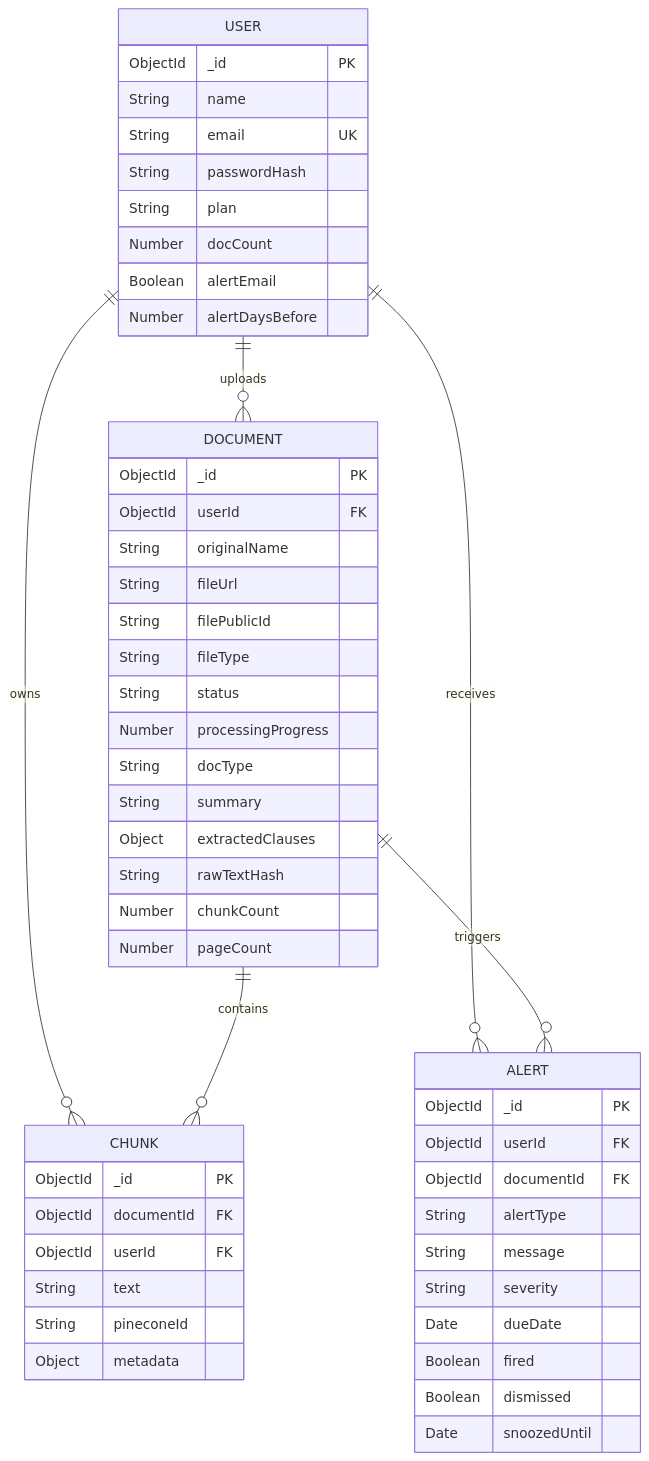
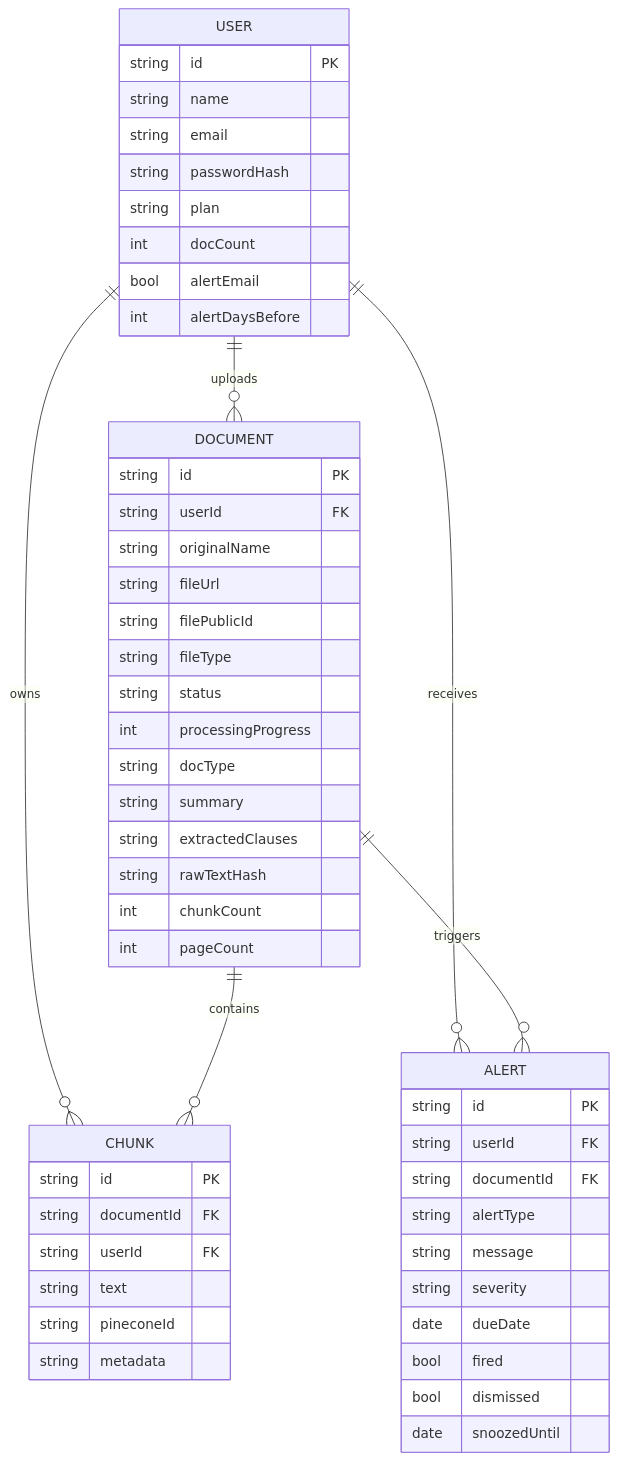
The ninth of 9 diagrams in README.md (AniketB26/What-I-Signed), drawn with Mermaid before and after one commit. The commit also changed other lines of this file, not shown here.

Commit message:
docs: fix last 3 mermaid diagrams - remove dots, use standard erDiagram types

````diff
--- a/README.md
+++ b/README.md
@@ -604,58 +604,58 @@
 ```mermaid
 erDiagram
     USER ||--o{ DOCUMENT : uploads
     USER ||--o{ CHUNK : owns
     USER ||--o{ ALERT : receives
     DOCUMENT ||--o{ CHUNK : contains
     DOCUMENT ||--o{ ALERT : triggers
 
     USER {
-        ObjectId _id PK
-        String name
-        String email UK
-        String passwordHash
-        String plan
-        Number docCount
-        Boolean alertEmail
-        Number alertDaysBefore
+        string id PK
+        string name
+        string email
+        string passwordHash
+        string plan
+        int docCount
+        bool alertEmail
+        int alertDaysBefore
     }
 
     DOCUMENT {
-        ObjectId _id PK
-        ObjectId userId FK
-        String originalName
-        String fileUrl
-        String filePublicId
-        String fileType
-        String status
-        Number processingProgress
-        String docType
-        String summary
-        Object extractedClauses
-        String rawTextHash
-        Number chunkCount
-        Number pageCount
+        string id PK
+        string userId FK
+        string originalName
+        string fileUrl
+        string filePublicId
+        string fileType
+        string status
+        int processingProgress
+        string docType
+        string summary
+        string extractedClauses
+        string rawTextHash
+        int chunkCount
+        int pageCount
     }
 
     CHUNK {
-        ObjectId _id PK
-        ObjectId documentId FK
-        ObjectId userId FK
-        String text
-        String pineconeId
-        Object metadata
+        string id PK
+        string documentId FK
+        string userId FK
+        string text
+        string pineconeId
+        string metadata
     }
 
     ALERT {
-        ObjectId _id PK
-        ObjectId userId FK
-        ObjectId documentId FK
-        String alertType
-        String message
-        String severity
-        Date dueDate
-        Boolean fired
-        Boolean dismissed
-        Date snoozedUntil
+        string id PK
+        string userId FK
+        string documentId FK
+        string alertType
+        string message
+        string severity
+        date dueDate
+        bool fired
+        bool dismissed
+        date snoozedUntil
     }
 ```
````
